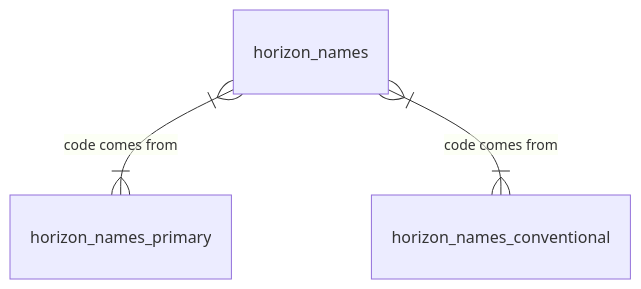
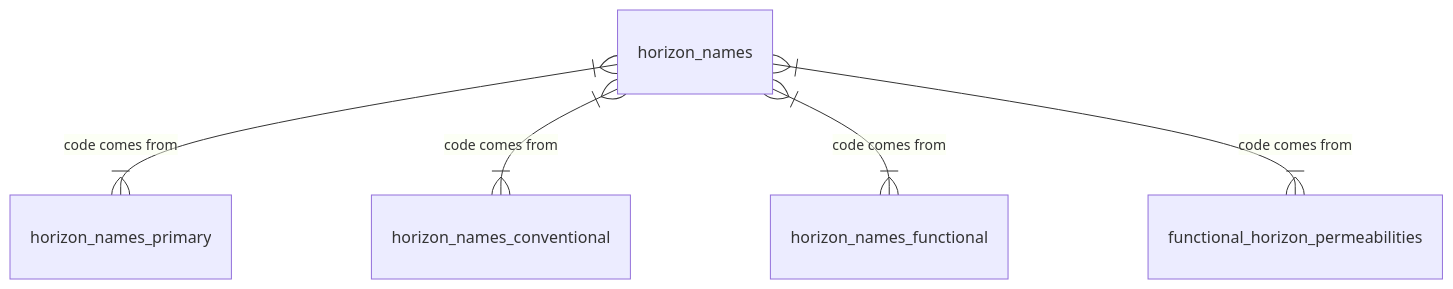
Before and after one commit to manaakiwhenua/NZ_soildesc_2024: diagram 24 of 25 in ap_03_database_design.qmd, drawn with Mermaid. The commit also changed other lines of this file and 4 other files, not shown here.

````diff
--- a/ap_03_database_design.qmd
+++ b/ap_03_database_design.qmd
@@ -1747,9 +1758,11 @@
 ```{mermaid}
-%%| fig-cap: "Horizon Names - table arrangement"
+%%| fig-cap: "Horizon names - Overview"
 
 %%{ init: { 'er': { 'layoutDirection': 'LR' } } }%%
 erDiagram
   horizon_names }|--|{ horizon_names_primary : "code comes from"
   horizon_names }|--|{ horizon_names_conventional : "code comes from"
+  horizon_names }|--|{ horizon_names_functional : "code comes from"
+  horizon_names }|--|{ functional_horizon_permeabilities : "code comes from"
 
 ```
````
